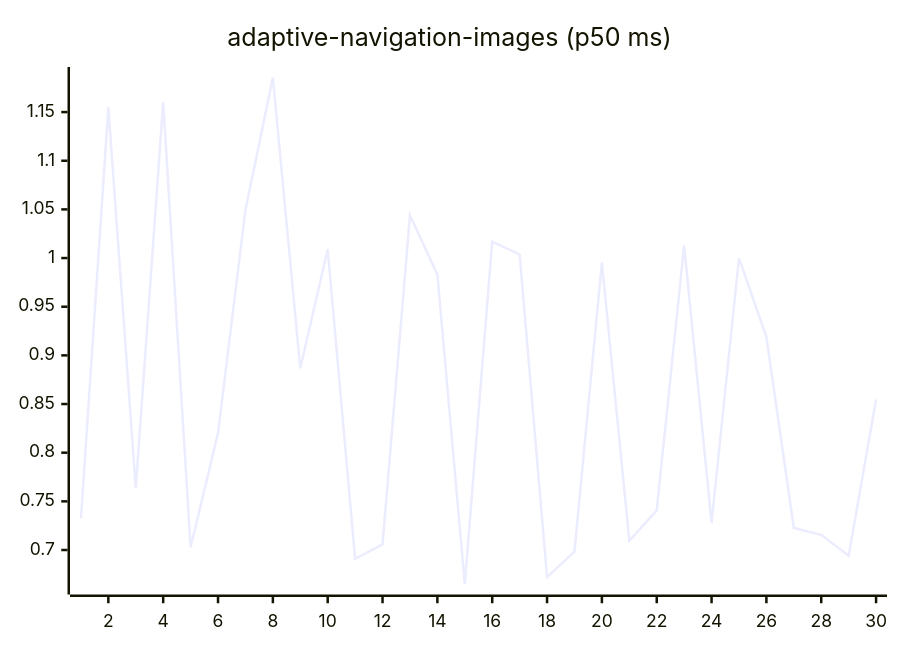
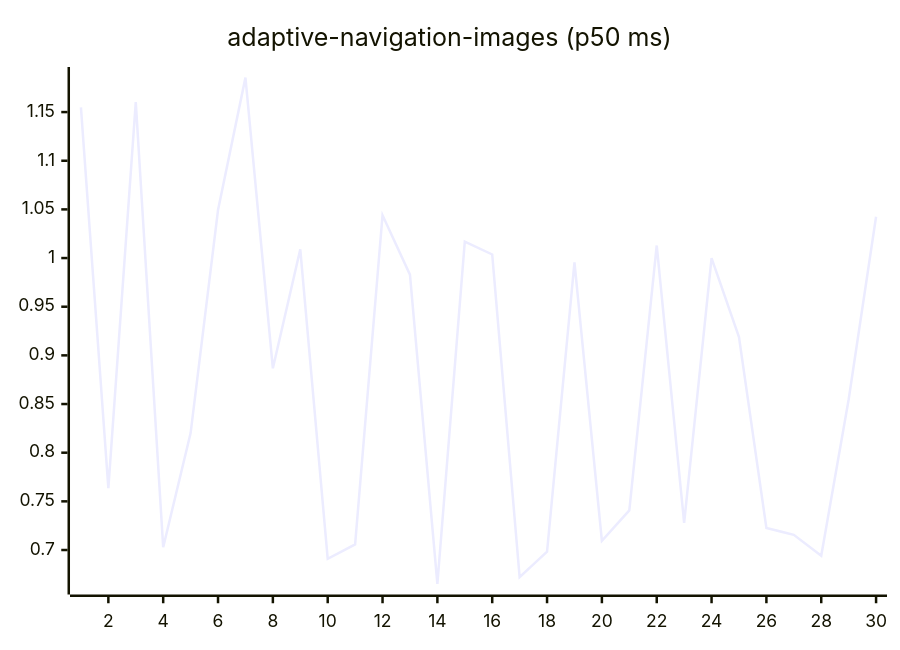
Before and after one commit to josha/Facet: the first of 27 diagrams in README.md, drawn with Mermaid. The commit also changed other lines of this file and 2 other files, not shown here.

````diff
--- a/README.md
+++ b/README.md
@@ -63,6 +63,6 @@
 ```mermaid
 xychart-beta
     title "adaptive-navigation-images (p50 ms)"
     x-axis 1 --> 30
-    line [0.7325, 1.1549, 0.7635, 1.1603, 0.7028, 0.8201, 1.0494, 1.1854, 0.8867, 1.0090, 0.6909, 0.7058, 1.0439, 0.9829, 0.6652, 1.0169, 1.0037, 0.6721, 0.6983, 0.9956, 0.7094, 0.7407, 1.0129, 0.7280, 1.0000, 0.9189, 0.7227, 0.7156, 0.6941, 0.8547]
+    line [1.1549, 0.7635, 1.1603, 0.7028, 0.8201, 1.0494, 1.1854, 0.8867, 1.0090, 0.6909, 0.7058, 1.0439, 0.9829, 0.6652, 1.0169, 1.0037, 0.6721, 0.6983, 0.9956, 0.7094, 0.7407, 1.0129, 0.7280, 1.0000, 0.9189, 0.7227, 0.7156, 0.6941, 0.8547, 1.0425]
 ```
````
